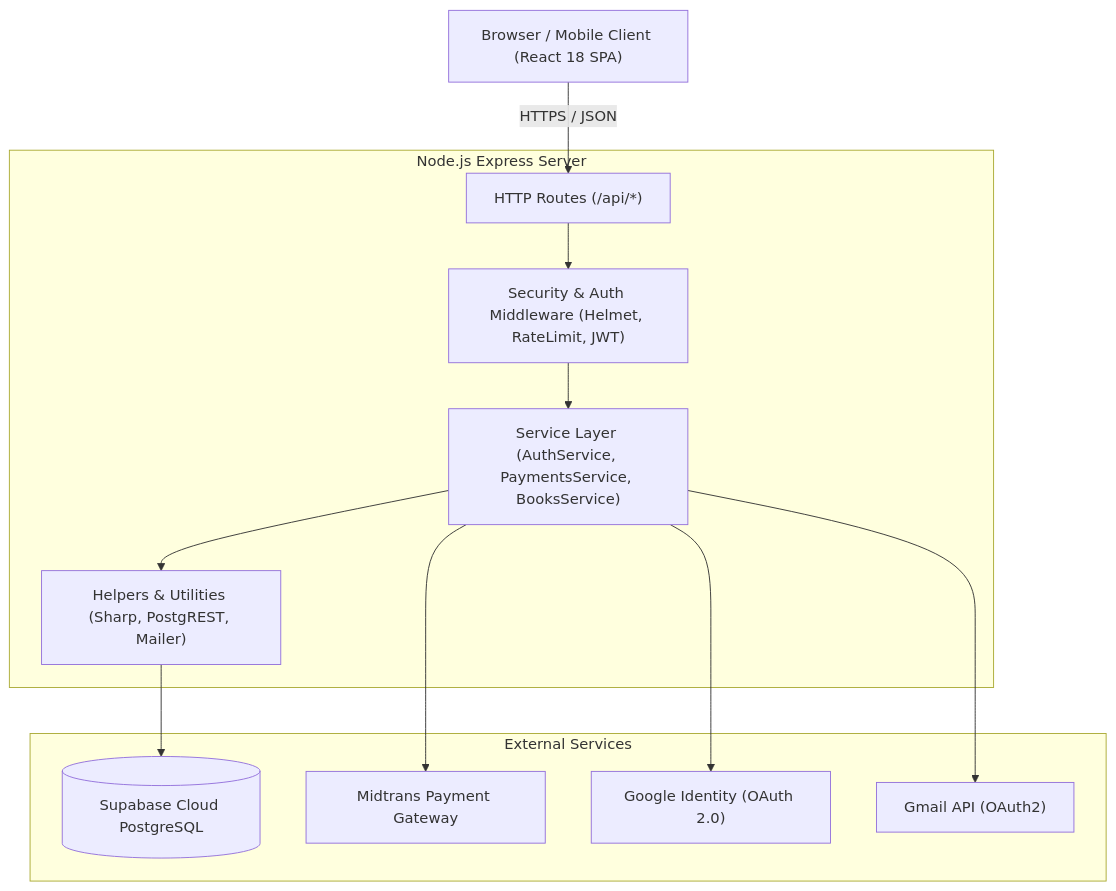
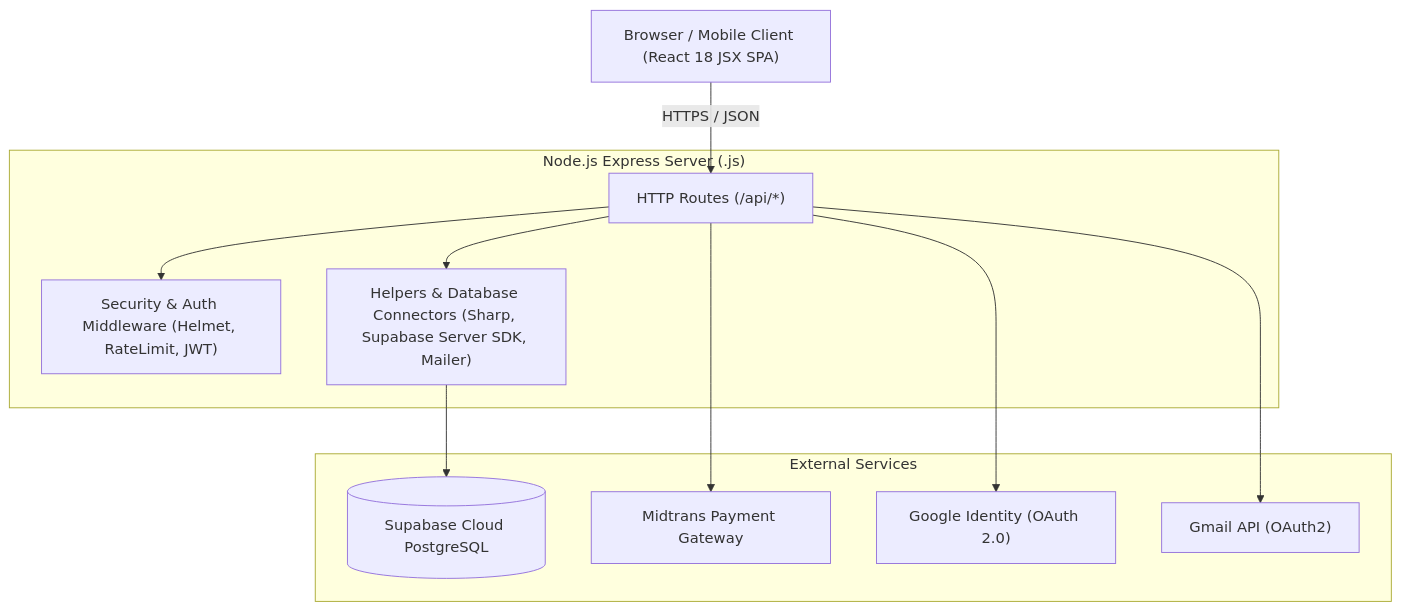
Before and after one commit to daffa-789/Wahidiyah-Book-Midtrans: the first of 2 diagrams in docs/ARCHITECTURE.md, drawn with Mermaid. The commit also changed other lines of this file and 7 other files, not shown here.

Commit message:
refactor: eliminate services directory and restore standard Express routes to ensure 100% pure JS and JSX structure

````diff
--- a/docs/ARCHITECTURE.md
+++ b/docs/ARCHITECTURE.md
@@ -22,27 +22,25 @@
 ```mermaid
 graph TD
-    Client["Browser / Mobile Client (React 18 SPA)"]
+    Client["Browser / Mobile Client (React 18 JSX SPA)"]
     
-    subgraph Backend ["Node.js Express Server"]
+    subgraph Backend ["Node.js Express Server (.js)"]
         Router["HTTP Routes (/api/*)"]
         Middleware["Security & Auth Middleware (Helmet, RateLimit, JWT)"]
-        Services["Service Layer (AuthService, PaymentsService, BooksService)"]
-        Libs["Helpers & Utilities (Sharp, PostgREST, Mailer)"]
+        Libs["Helpers & Database Connectors (Sharp, Supabase Server SDK, Mailer)"]
     end
     
     subgraph External ["External Services"]
         Supabase[("Supabase Cloud PostgreSQL")]
         Midtrans["Midtrans Payment Gateway"]
         GoogleAuth["Google Identity (OAuth 2.0)"]
         Gmail["Gmail API (OAuth2)"]
     end
 
     Client -->|HTTPS / JSON| Router
     Router --> Middleware
-    Middleware --> Services
-    Services --> Libs
+    Router --> Libs
     Libs --> Supabase
-    Services --> Midtrans
-    Services --> GoogleAuth
-    Services --> Gmail
+    Router --> Midtrans
+    Router --> GoogleAuth
+    Router --> Gmail
 ```
````
